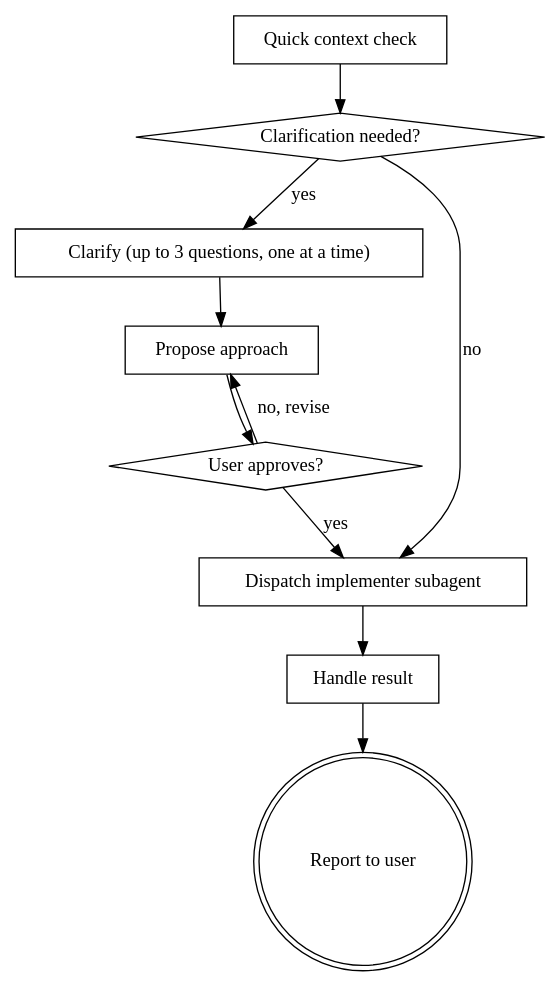
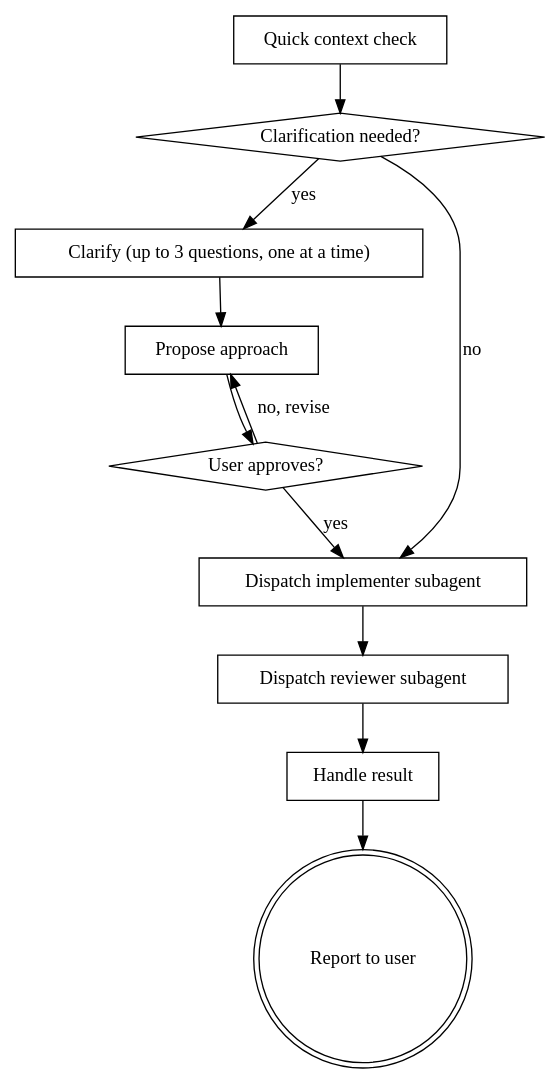
Before and after one commit to mattdrose/skills: the diagram in skills/chuck/SKILL.md, drawn with Graphviz. The commit also changed other lines of this file and 1 other file, not shown here.

Commit message:
Update skills to use subagent reviewers

````diff
--- a/skills/chuck/SKILL.md
+++ b/skills/chuck/SKILL.md
@@ -40,22 +41,24 @@
 ```dot
 digraph chuck {
     "Quick context check" [shape=box];
     "Clarification needed?" [shape=diamond];
     "Clarify (up to 3 questions, one at a time)" [shape=box];
     "Propose approach" [shape=box];
     "User approves?" [shape=diamond];
     "Dispatch implementer subagent" [shape=box];
+    "Dispatch reviewer subagent" [shape=box];
     "Handle result" [shape=box];
     "Report to user" [shape=doublecircle];
 
     "Quick context check" -> "Clarification needed?";
     "Clarification needed?" -> "Dispatch implementer subagent" [label="no"];
     "Clarification needed?" -> "Clarify (up to 3 questions, one at a time)" [label="yes"];
     "Clarify (up to 3 questions, one at a time)" -> "Propose approach";
     "Propose approach" -> "User approves?";
     "User approves?" -> "Propose approach" [label="no, revise"];
     "User approves?" -> "Dispatch implementer subagent" [label="yes"];
-    "Dispatch implementer subagent" -> "Handle result";
+    "Dispatch implementer subagent" -> "Dispatch reviewer subagent";
+    "Dispatch reviewer subagent" -> "Handle result";
     "Handle result" -> "Report to user";
 }
 ```
````
